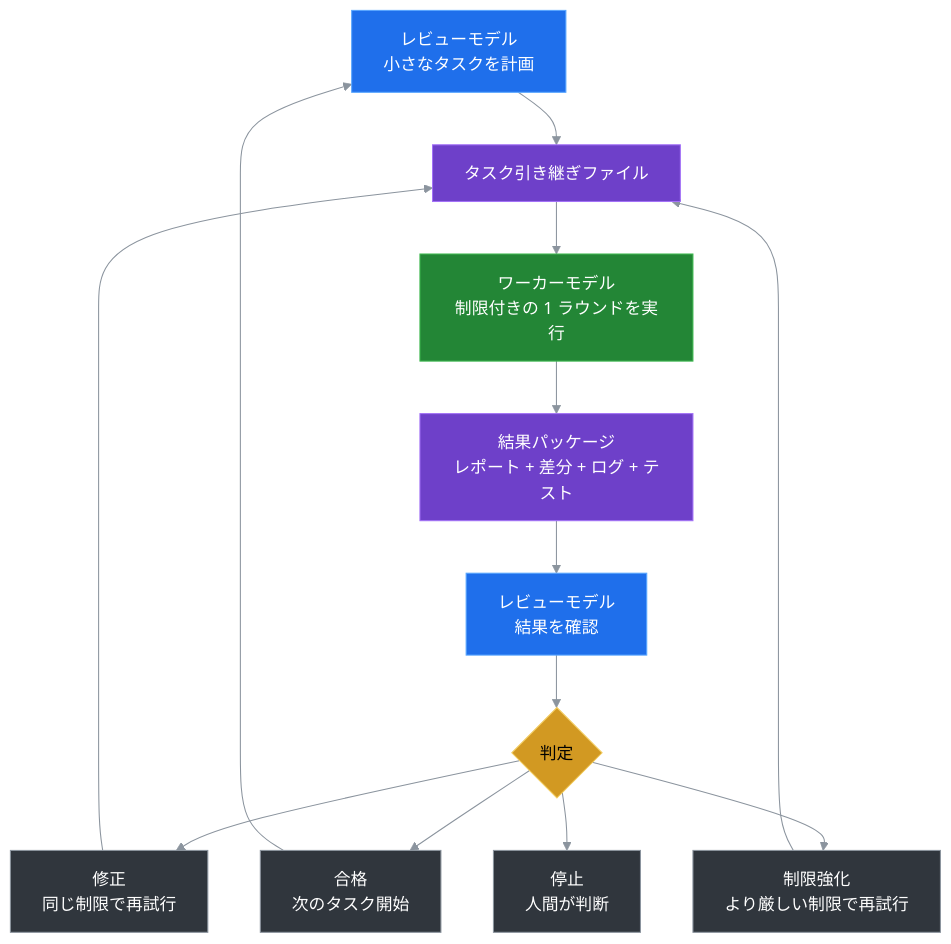
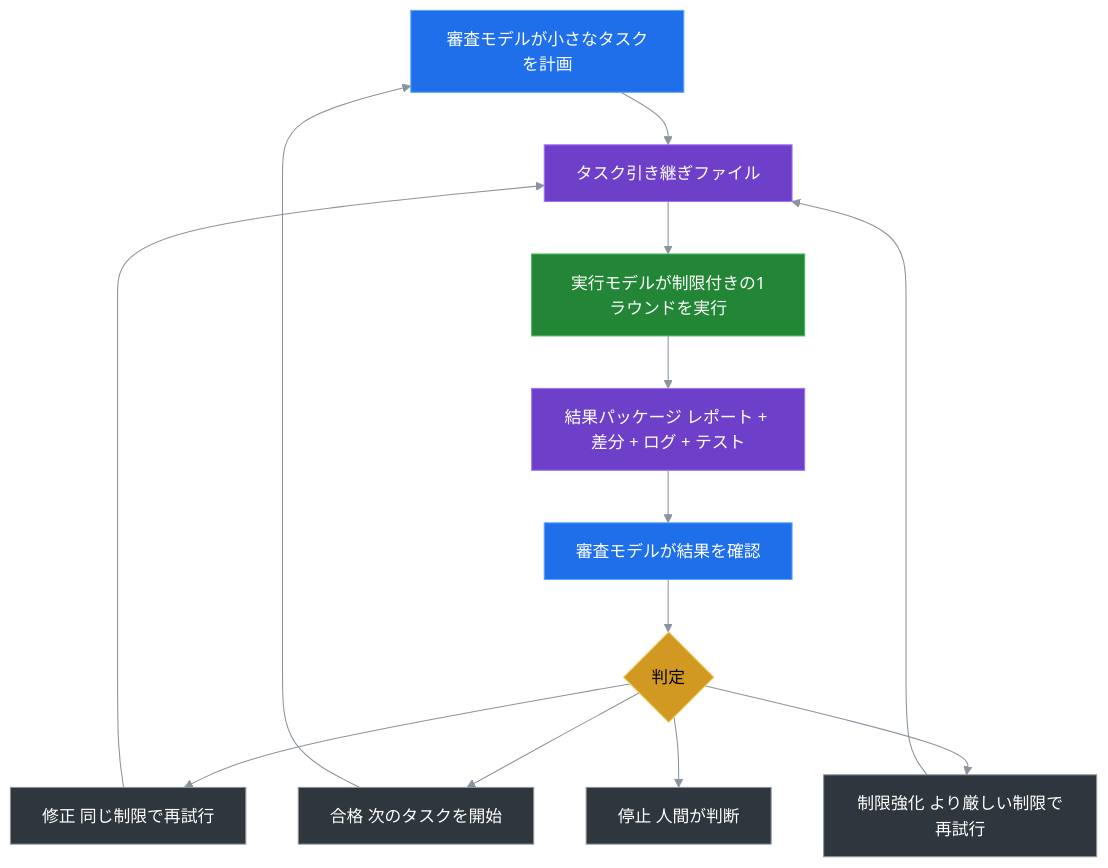
Before and after one commit to ningbo00/token-saver-loop: the diagram in README.ja.md, drawn with Mermaid. The commit also changed other lines of this file and 3 other files, not shown here.

````diff
--- a/README.ja.md
+++ b/README.ja.md
@@ -102,31 +137,31 @@
 ```mermaid
 %%{init: {"theme": "base", "themeVariables": {"background": "transparent", "primaryColor": "#1f6feb", "primaryTextColor": "#ffffff", "primaryBorderColor": "#58a6ff", "lineColor": "#8b949e", "secondaryColor": "#238636", "tertiaryColor": "#30363d"}}}%%
 flowchart TD
-    A[レビューモデル<br/>小さなタスクを計画]
+    A[審査モデルが小さなタスクを計画]
     B[タスク引き継ぎファイル]
-    C[ワーカーモデル<br/>制限付きの 1 ラウンドを実行]
-    D[結果パッケージ<br/>レポート + 差分 + ログ + テスト]
-    E[レビューモデル<br/>結果を確認]
+    C[実行モデルが制限付きの1ラウンドを実行]
+    D[結果パッケージ レポート + 差分 + ログ + テスト]
+    E[審査モデルが結果を確認]
     F{判定}
-    G[合格<br/>次のタスク開始]
-    H[修正<br/>同じ制限で再試行]
-    I[制限強化<br/>より厳しい制限で再試行]
-    J[停止<br/>人間が判断]
+    G[合格 次のタスクを開始]
+    H[修正 同じ制限で再試行]
+    I[制限強化 より厳しい制限で再試行]
+    J[停止 人間が判断]
 
     A --> B --> C --> D --> E --> F
     F --> G --> A
     F --> H --> B
     F --> I --> B
     F --> J
 
     classDef reviewer fill:#1f6feb,stroke:#58a6ff,color:#ffffff
     classDef worker fill:#238636,stroke:#3fb950,color:#ffffff
     classDef file fill:#6e40c9,stroke:#a371f7,color:#ffffff
     classDef verdict fill:#d29922,stroke:#f2cc60,color:#000000
     classDef outcome fill:#30363d,stroke:#8b949e,color:#ffffff
     class A,E reviewer
     class C worker
     class B,D file
     class F verdict
     class G,H,I,J outcome
 ```
````
